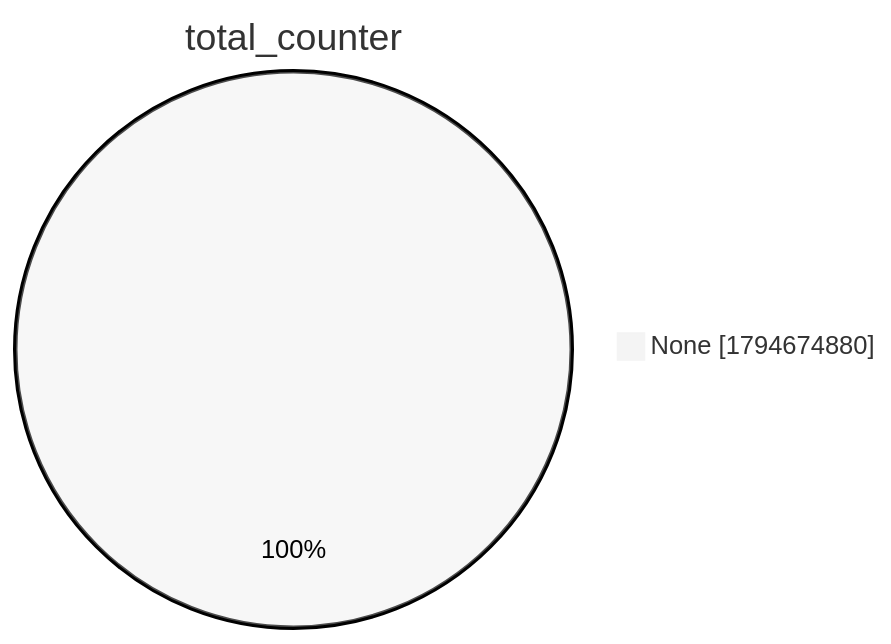
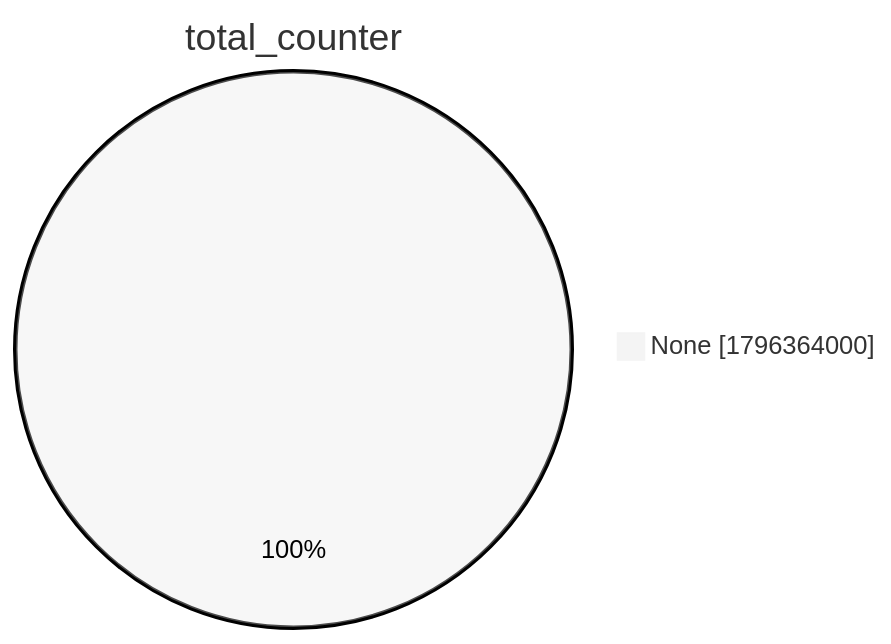
One commit to christiankrug/ctmonitor_visualization changed the second of 15 diagrams in xenon2022/README.md. Above: the diagram before and after it, drawn with Mermaid (neutral theme). The commit also changed other lines of this file, not shown here.

````diff
--- a/xenon2022/README.md
+++ b/xenon2022/README.md
@@ -9,5 +9,5 @@
 ```mermaid
 pie showData
 title total_counter
-"None" :1794674880
+"None" :1796364000
 ```
````
